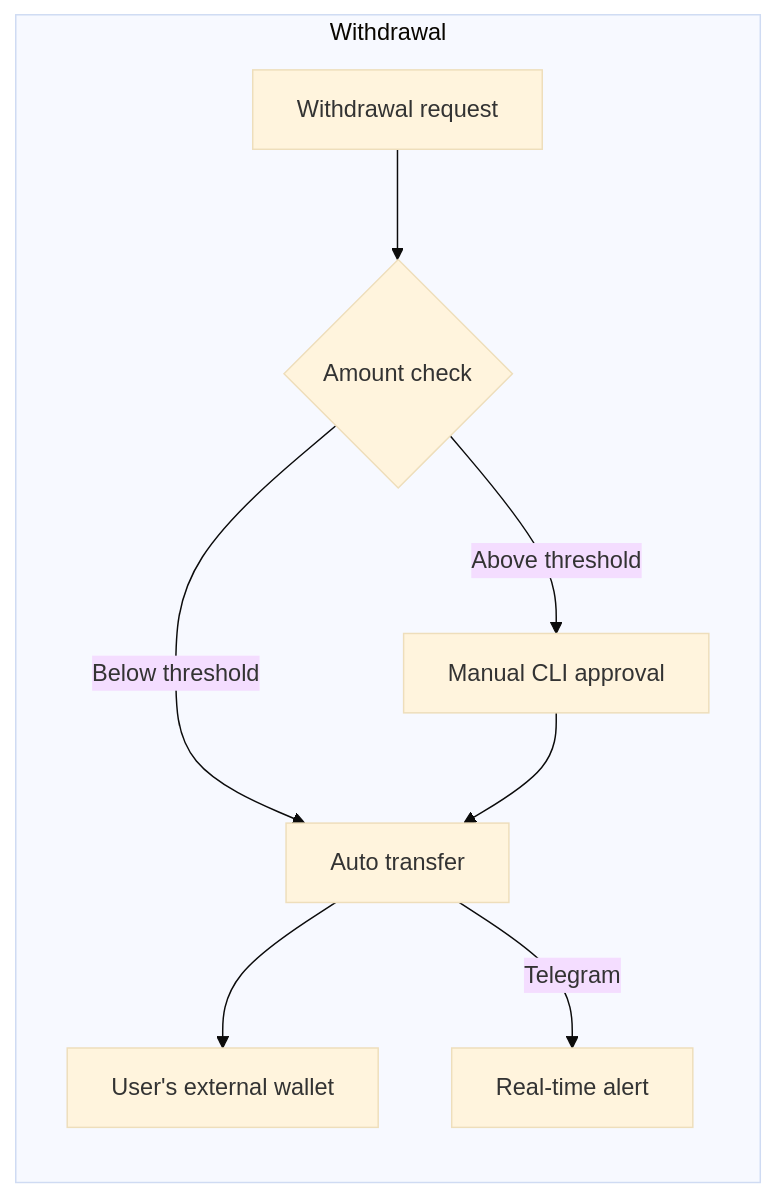
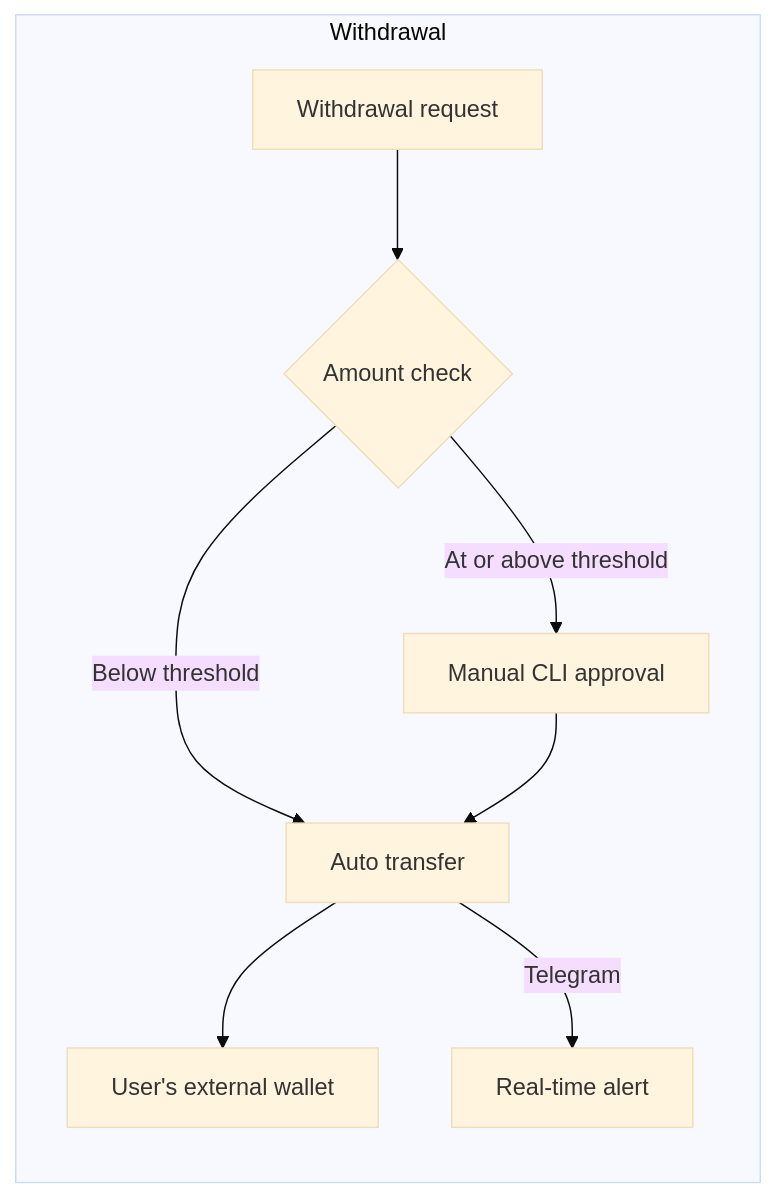
The second of 2 diagrams in README.md (dandel6/tronusdt), drawn with Mermaid (base theme) before and after one commit. The commit also changed other lines of this file and 1 other file, not shown here.

Commit message:
Match withdrawal threshold and emergency stop wording to processor behavior

````diff
--- a/README.md
+++ b/README.md
@@ -34,11 +34,11 @@
 ```mermaid
 flowchart LR
     subgraph Withdrawal
         H[Withdrawal request] --> I{Amount check}
         I -->|Below threshold| J[Auto transfer]
-        I -->|Above threshold| K[Manual CLI approval]
+        I -->|At or above threshold| K[Manual CLI approval]
         K --> J
         J --> L[User's external wallet]
         J -->|Telegram| M[Real-time alert]
     end
 ```
````
